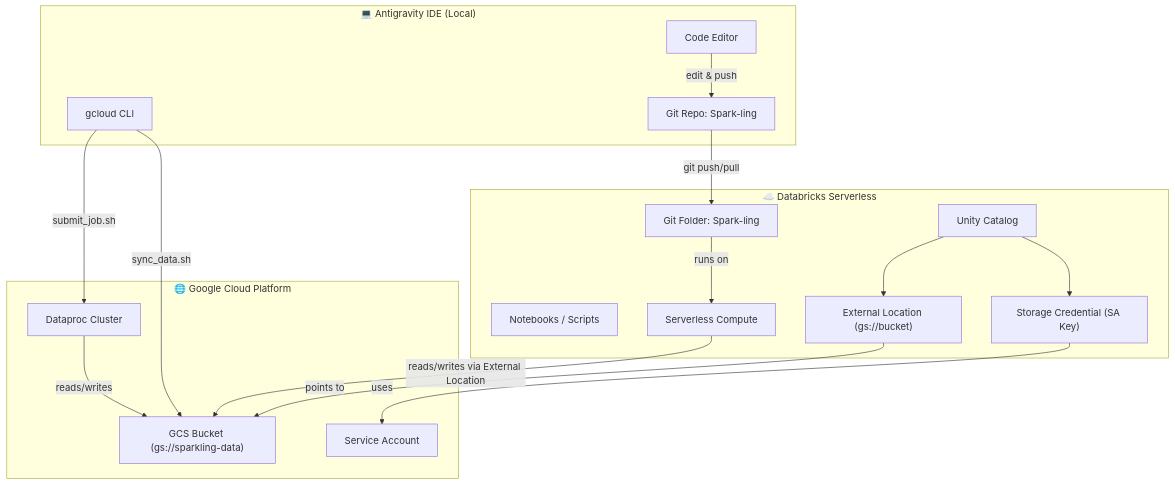
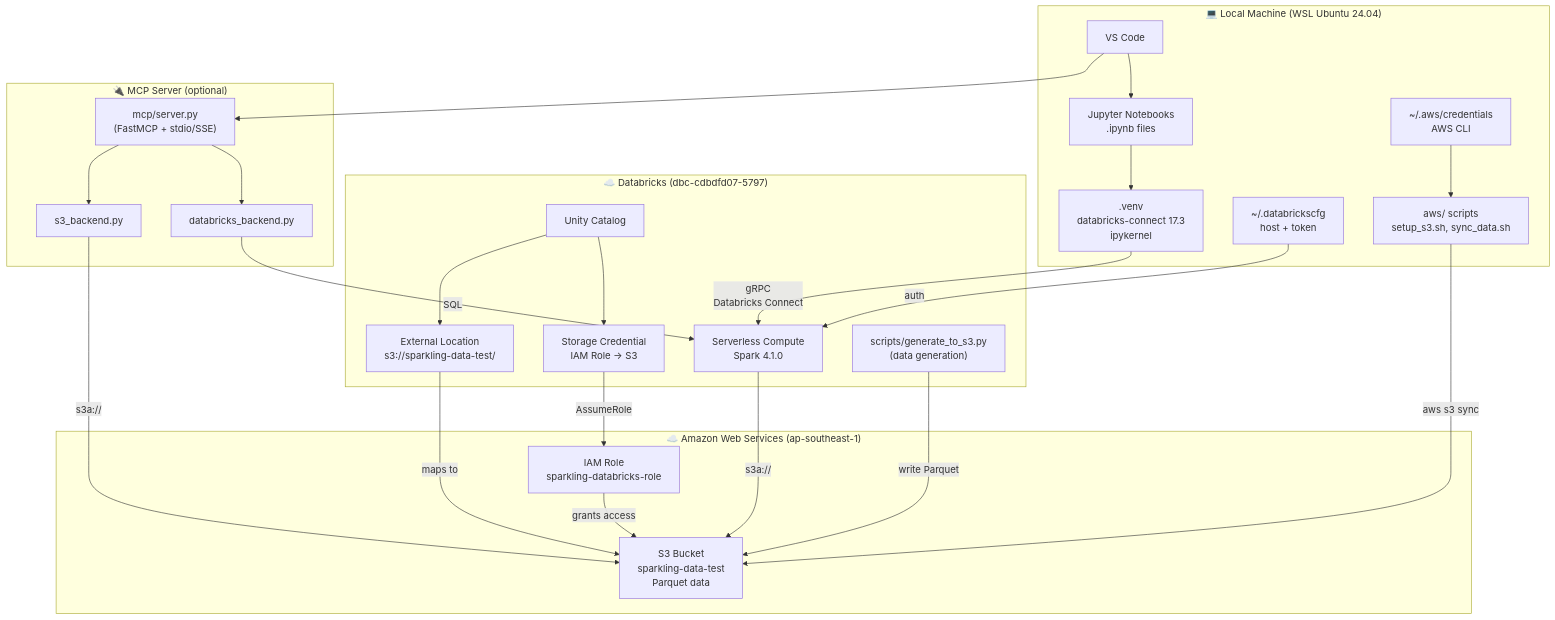
Before and after one commit to huynguyen305/Spark-ling: the diagram in docs/INTEGRATION_GUIDE.md, drawn with Mermaid. The commit also changed other lines of this file and 5 other files, not shown here.

First line of the commit message:
docs: comprehensive update for Databricks Connect + S3 setup

````diff
--- a/docs/INTEGRATION_GUIDE.md
+++ b/docs/INTEGRATION_GUIDE.md
@@ -9,35 +9,49 @@
 ```mermaid
 graph TB
-    subgraph LOCAL["💻 Antigravity IDE (Local)"]
-        AG[Code Editor]
-        GIT[Git Repo: Spark-ling]
-        CLI[gcloud CLI]
+    subgraph LOCAL["💻 Local Machine (WSL Ubuntu 24.04)"]
+        IDE["VS Code"]
+        NB["Jupyter Notebooks\n.ipynb files"]
+        VENV[".venv\ndatabricks-connect 17.3\nipykernel"]
+        CFG["~/.databrickscfg\nhost + token"]
+        AWSCFG["~/.aws/credentials\nAWS CLI"]
+        SCRIPTS["aws/ scripts\nsetup_s3.sh, sync_data.sh"]
     end
 
-    subgraph DBX["☁️ Databricks Serverless"]
-        DBX_GIT[Git Folder: Spark-ling]
-        DBX_NOTEBOOK[Notebooks / Scripts]
-        SERVERLESS[Serverless Compute]
-        UC["Unity Catalog"]
-        STORAGECRED["Storage Credential (SA Key)"]
-        EXTLOC["External Location (gs://bucket)"]
+    subgraph AWS["☁️ Amazon Web Services (ap-southeast-1)"]
+        S3["S3 Bucket\nsparkling-data-test\nParquet data"]
+        IAM["IAM Role\nsparkling-databricks-role"]
     end
 
-    subgraph GCP["🌐 Google Cloud Platform"]
-        GCS["GCS Bucket (gs://sparkling-data)"]
-        SA[Service Account]
-        DATAPROC[Dataproc Cluster]
+    subgraph DBX["☁️ Databricks (dbc-cdbdfd07-5797)"]
+        SERVERLESS["Serverless Compute\nSpark 4.1.0"]
+        UC["Unity Catalog"]
+        CRED["Storage Credential\nIAM Role → S3"]
+        EXTLOC["External Location\ns3://sparkling-data-test/"]
+        GENSCRIPT["scripts/generate_to_s3.py\n(data generation)"]
     end
 
-    AG -->|"edit & push"| GIT
-    GIT -->|"git push/pull"| DBX_GIT
-    DBX_GIT -->|"runs on"| SERVERLESS
-    UC --> STORAGECRED
-    STORAGECRED -->|"uses"| SA
+    subgraph MCP["🔌 MCP Server (optional)"]
+        MCPSERVER["mcp/server.py\n(FastMCP + stdio/SSE)"]
+        MCPDBX["databricks_backend.py"]
+        MCPS3["s3_backend.py"]
+    end
+
+    IDE --> NB
+    NB --> VENV
+    VENV -->|"gRPC\nDatabricks Connect"| SERVERLESS
+    CFG -->|"auth"| SERVERLESS
+    AWSCFG --> SCRIPTS
+    SCRIPTS -->|"aws s3 sync"| S3
+    IAM -->|"grants access"| S3
+    UC --> CRED
+    CRED -->|"AssumeRole"| IAM
     UC --> EXTLOC
-    EXTLOC -->|"points to"| GCS
-    SERVERLESS -->|"reads/writes via External Location"| GCS
-    CLI -->|"sync_data.sh"| GCS
-    CLI -->|"submit_job.sh"| DATAPROC
-    DATAPROC -->|"reads/writes"| GCS
+    EXTLOC -->|"maps to"| S3
+    SERVERLESS -->|"s3a://"| S3
+    GENSCRIPT -->|"write Parquet"| S3
+    IDE --> MCPSERVER
+    MCPSERVER --> MCPDBX
+    MCPSERVER --> MCPS3
+    MCPDBX -->|"SQL"| SERVERLESS
+    MCPS3 -->|"s3a://"| S3
 ```
````
